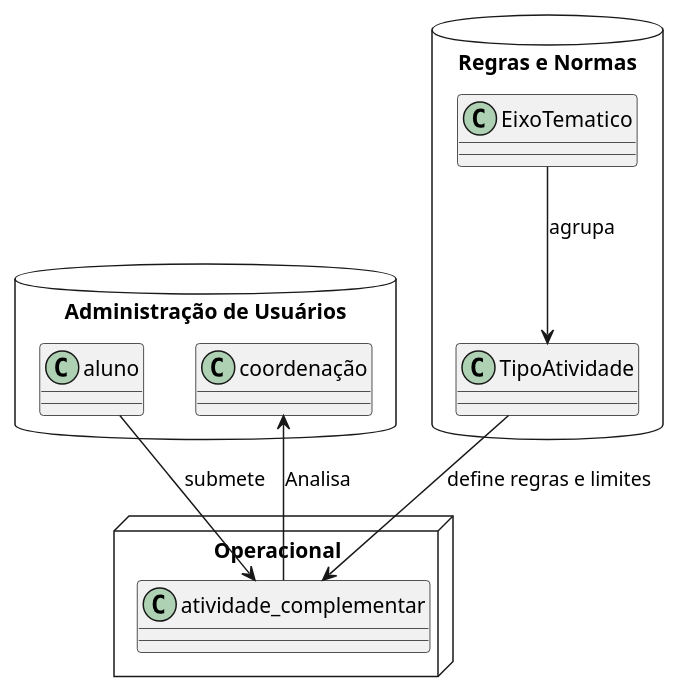
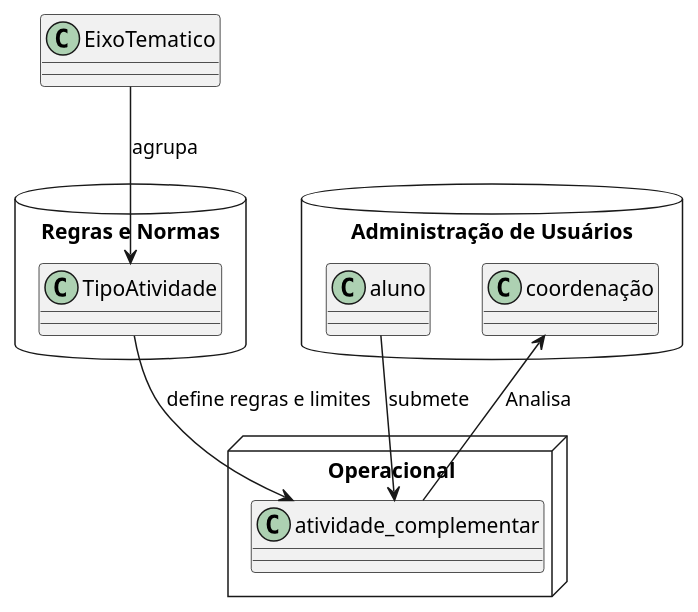
The diagram in docs/Elaboracao/diagrama_de_classes.puml (Projetos-de-Extensao/PBE_26.1_8003_II), drawn with PlantUML before and after one commit.

Commit message:
diagrama de classes atualizado

```diff
--- a/docs/Elaboracao/diagrama_de_classes.puml
+++ b/docs/Elaboracao/diagrama_de_classes.puml
@@ -1,28 +1,28 @@
 @startuml DiagramaDeClasses
 
 
 package "Administração de Usuários" <<database>> {
     class aluno
     class coordenação 
 }
 
 package "Operacional" <<node>> {
 
     class atividade_complementar
 
 }
 
 package "Regras e Normas" <<database>> {
-    class EixoTematico
+    
     class TipoAtividade
 }
 
 aluno --> atividade_complementar : submete
 coordenação <-- atividade_complementar : Analisa
 TipoAtividade --> atividade_complementar : define regras e limites 
 EixoTematico --> TipoAtividade : agrupa
 
 
 
 
 @enduml
```
